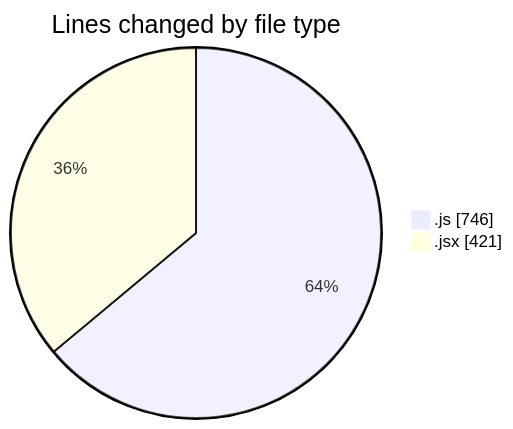
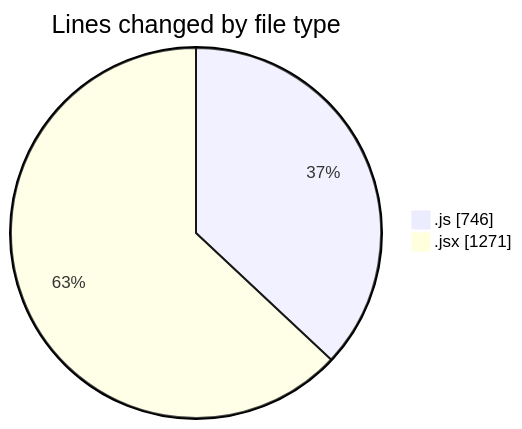
The first of 2 diagrams in 2025-10-26/nxtqube_webapp/README.md (nxtqubesakshisongat/code-tracking), drawn with Mermaid before and after one commit. The commit also changed other lines of this file and 1 other file, not shown here.

````diff
--- a/2025-10-26/nxtqube_webapp/README.md
+++ b/2025-10-26/nxtqube_webapp/README.md
@@ -21,6 +22,6 @@
 ```mermaid
 pie showData
 title Lines changed by file type
 ".js" : 746
-".jsx" : 421
+".jsx" : 1271
 ```
````
